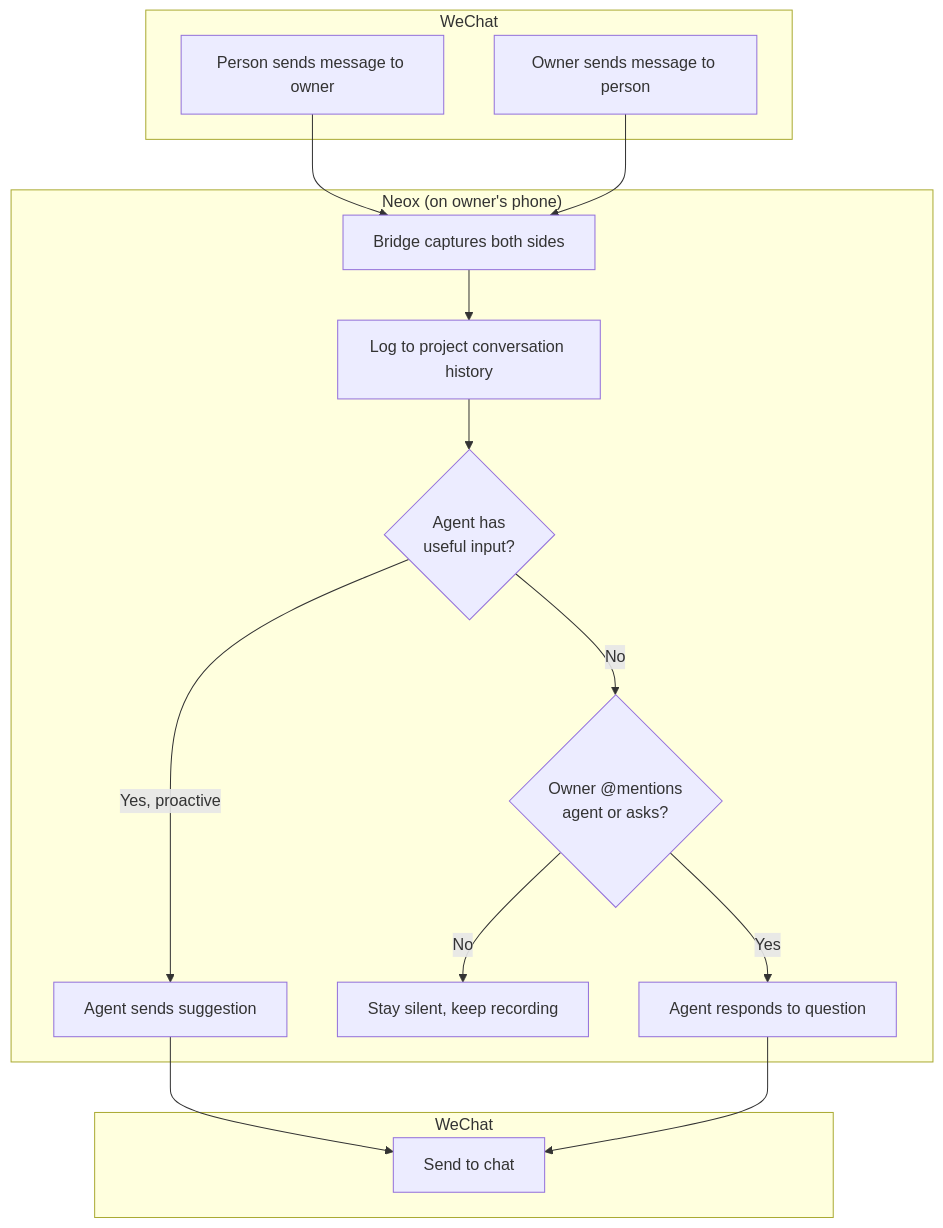
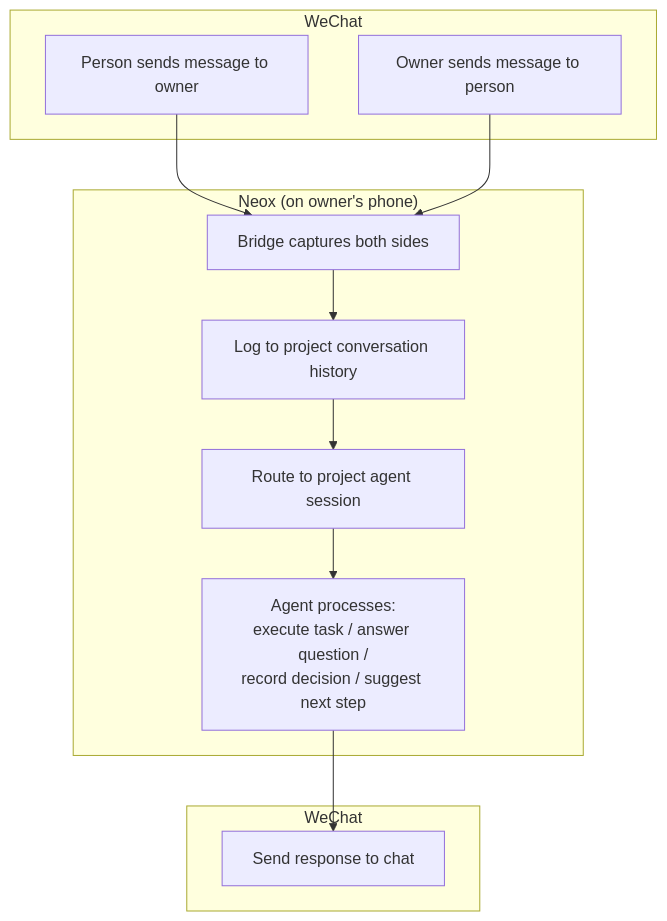
Before and after one commit to lalalic/neox: the third of 7 diagrams in docs/2026-04-10-wechat-bidirectional-design.md, drawn with Mermaid. The commit also changed other lines of this file, not shown here.

Commit message:
docs: update 1:1 mode to active project assistant

````diff
--- a/docs/2026-04-10-wechat-bidirectional-design.md
+++ b/docs/2026-04-10-wechat-bidirectional-design.md
@@ -87,28 +87,21 @@
 ```mermaid
 flowchart TB
     subgraph WeChat
         M[Person sends message to owner]
         M2[Owner sends message to person]
     end
 
     subgraph Neox["Neox (on owner's phone)"]
         B[Bridge captures both sides]
         L[Log to project conversation history]
-        AG{Agent has<br/>useful input?}
-        S[Agent sends suggestion]
-        SIL[Stay silent, keep recording]
-        MEN{Owner @mentions<br/>agent or asks?}
-        R[Agent responds to question]
+        A[Route to project agent session]
+        S[Agent processes:<br/>execute task / answer question /<br/>record decision / suggest next step]
     end
 
     subgraph WeChat2[WeChat]
-        O[Send to chat]
+        O[Send response to chat]
     end
 
-    M --> B --> L --> AG
+    M --> B --> L --> A --> S --> O
     M2 --> B
-    AG -->|Yes, proactive| S --> O
-    AG -->|No| MEN
-    MEN -->|Yes| R --> O
-    MEN -->|No| SIL
 ```
````
